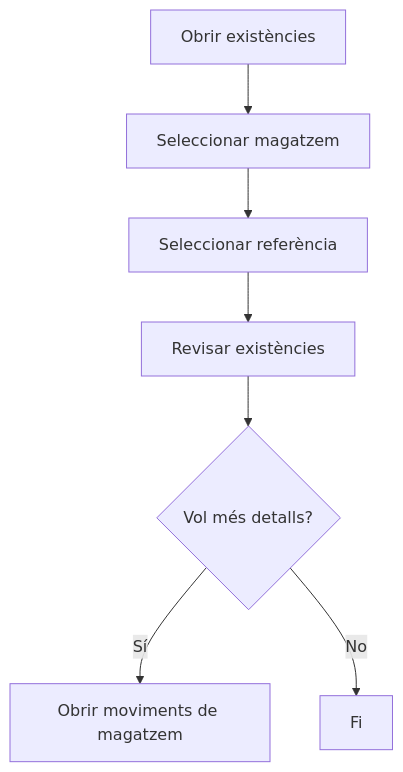
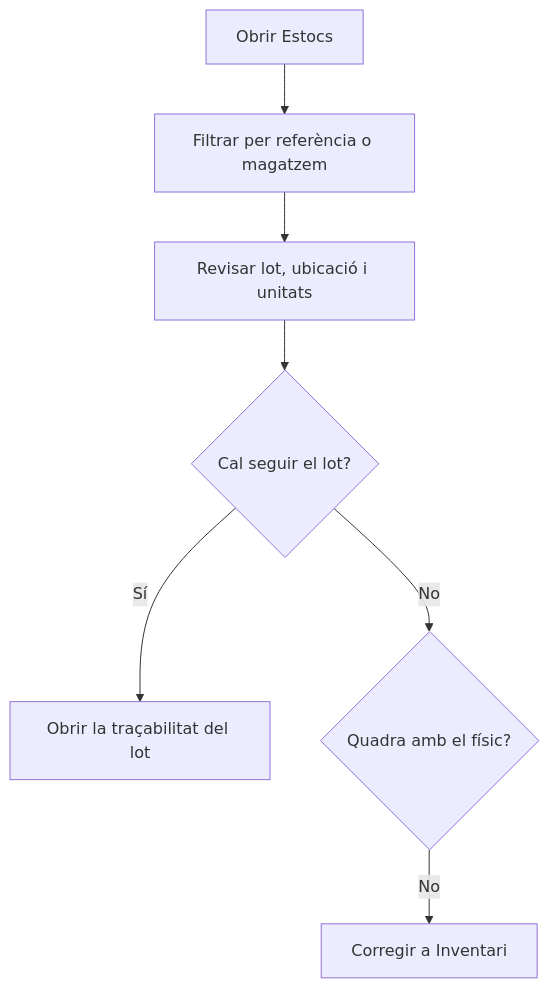
Before and after one commit to MGurtD/lilith: the diagram in frontend/src/help/ca/warehouse/stock/list.md, drawn with Mermaid. The commit also changed other lines of this file and 331 other files, not shown here.

````diff
--- a/frontend/src/help/ca/warehouse/stock/list.md
+++ b/frontend/src/help/ca/warehouse/stock/list.md
@@ -33,9 +43,9 @@
 ```mermaid
 flowchart TD
-    A[ Obrir existències] --> B[Seleccionar magatzem]
-    B --> C[Seleccionar referència]
-    C --> D[Revisar existències]
-    D --> E{Vol més detalls?}
-    E -->|Sí| F[Obrir moviments de magatzem]
-    E -->|No| G[Fi]
+    A[Obrir Estocs] --> B[Filtrar per referència o magatzem]
+    B --> C[Revisar lot, ubicació i unitats]
+    C --> D{Cal seguir el lot?}
+    D -->|Sí| E[Obrir la traçabilitat del lot]
+    D -->|No| F{Quadra amb el físic?}
+    F -->|No| G[Corregir a Inventari]
 ```
````
